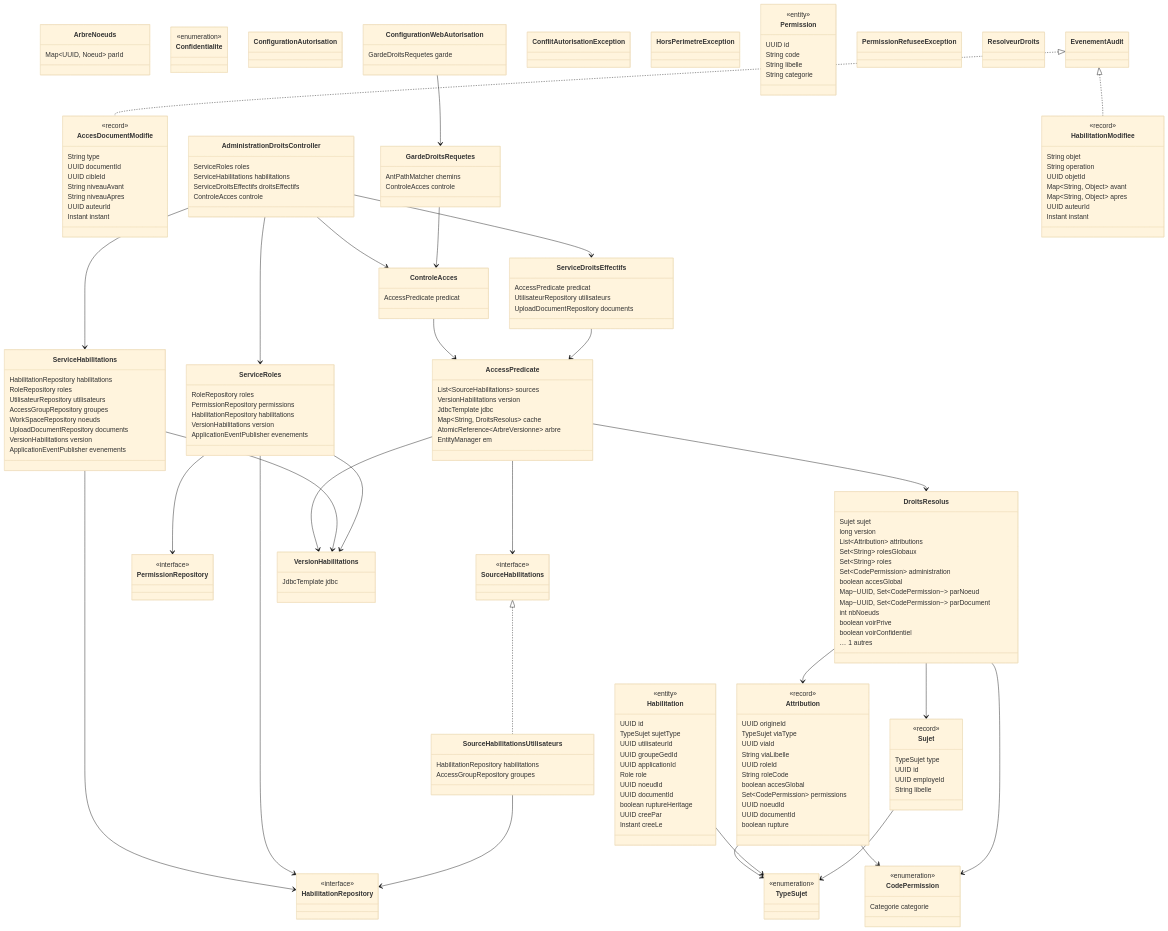
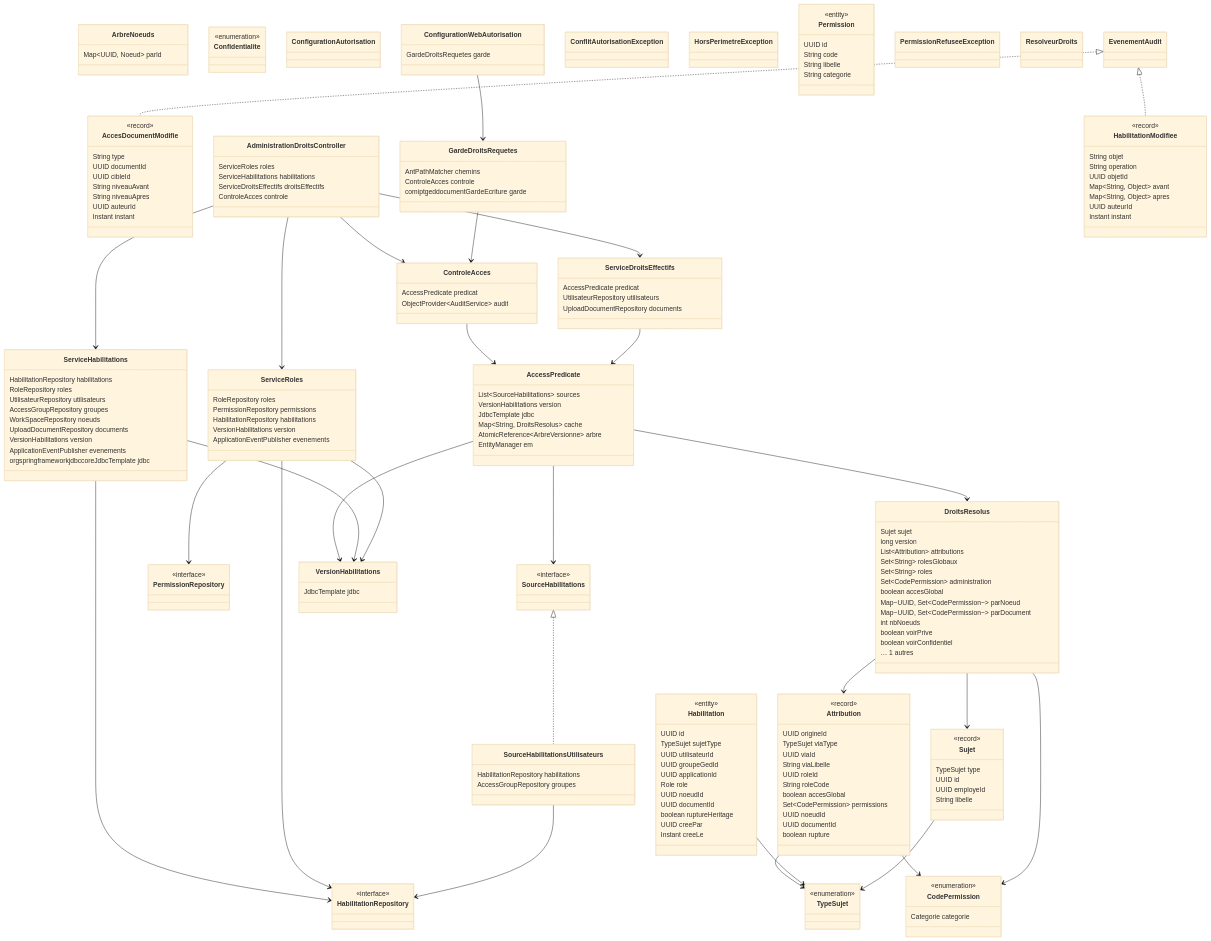
One commit to abddou2000/GED changed the third of 23 diagrams in docs/modelisation/CLASSES.md. Above: the diagram before and after it, drawn with Mermaid (base theme). The commit also changed other lines of this file and 2 other files, not shown here.

Commit message:
Régénérer le schéma et les diagrammes de classes après fusion, reporter les correctifs de la vague 5 dans le suivi

```diff
--- a/docs/modelisation/CLASSES.md
+++ b/docs/modelisation/CLASSES.md
@@ -349,6 +343,7 @@
   }
   class ControleAcces {
     AccessPredicate predicat
+    ObjectProvider~AuditService~ audit
   }
   class DroitsResolus {
     Sujet sujet
@@ -368,6 +363,7 @@
   class GardeDroitsRequetes {
     AntPathMatcher chemins
     ControleAcces controle
+    comiptgeddocumentGardeEcriture garde
   }
   class Habilitation {
     <<entity>>
@@ -426,6 +422,7 @@
     UploadDocumentRepository documents
     VersionHabilitations version
     ApplicationEventPublisher evenements
+    orgspringframeworkjdbccoreJdbcTemplate jdbc
   }
   class ServiceRoles {
     RoleRepository roles
```
